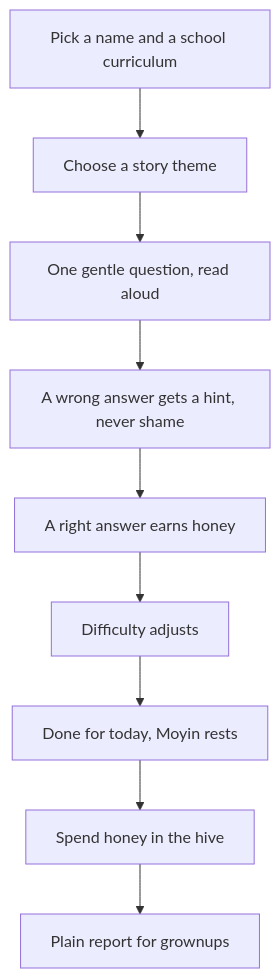
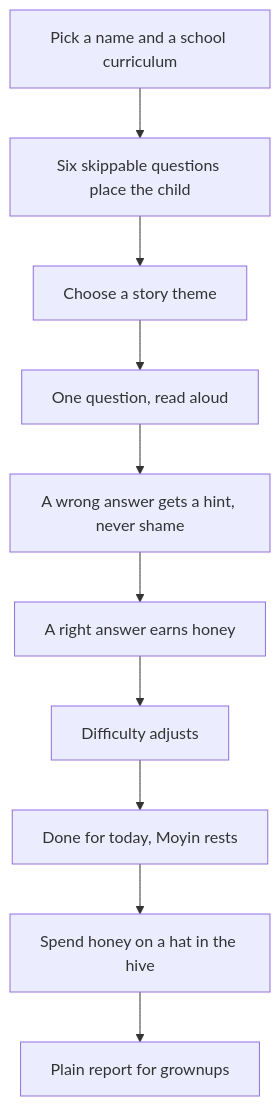
The second of 2 diagrams in README.md (ayodejiades/moye), drawn with Mermaid before and after one commit. The commit also changed other lines of this file, not shown here.

````diff
--- a/README.md
+++ b/README.md
@@ -69,12 +166,13 @@
 ```mermaid
 flowchart TD
     S1["Pick a name and a school curriculum"] --> S2
-    S2["Choose a story theme"] --> S3
-    S3["One gentle question, read aloud"] --> S4
-    S4["A wrong answer gets a hint, never shame"] --> S5
-    S5["A right answer earns honey"] --> S6
-    S6["Difficulty adjusts"] --> S7
-    S7["Done for today, Moyin rests"] --> S8
-    S8["Spend honey in the hive"] --> S9
-    S9["Plain report for grownups"]
+    S2["Six skippable questions place the child"] --> S3
+    S3["Choose a story theme"] --> S4
+    S4["One question, read aloud"] --> S5
+    S5["A wrong answer gets a hint, never shame"] --> S6
+    S6["A right answer earns honey"] --> S7
+    S7["Difficulty adjusts"] --> S8
+    S8["Done for today, Moyin rests"] --> S9
+    S9["Spend honey on a hat in the hive"] --> S10
+    S10["Plain report for grownups"]
 ```
````
